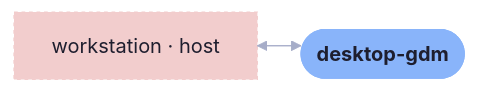
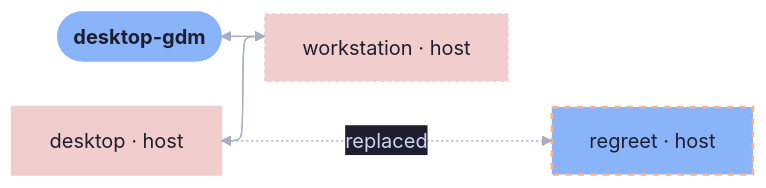
The diagram in templates/diag-fx-demo/diagrams/desktop-gdm-adapters.md (sini/den), drawn with Mermaid before and after one commit. The commit also changed 526 other files, not shown here.

Commit message:
chore: update fx diagrams

````diff
--- a/templates/diag-fx-demo/diagrams/desktop-gdm-adapters.md
+++ b/templates/diag-fx-demo/diagrams/desktop-gdm-adapters.md
@@ -5,13 +5,20 @@
 ```mermaid
 %%{init: {"elk":{"mergeEdges":true,"nodePlacementStrategy":"BRANDES_KOEPF"},"layout":"elk","theme":"base","themeVariables":{"activationBkgColor":"#313244","activationBorderColor":"#6c7086","actorBkg":"#313244","actorBorder":"#a6adc8","actorLineColor":"#a6adc8","actorTextColor":"#cdd6f4","background":"#1e1e2e","classText":"#cdd6f4","clusterBkg":"#313244","clusterBorder":"#6c7086","edgeLabelBackground":"#1e1e2e","labelBoxBkgColor":"#313244","labelBoxBorderColor":"#a6adc8","labelTextColor":"#cdd6f4","lineColor":"#a6adc8","loopTextColor":"#cdd6f4","mainBkg":"#313244","nodeBkg":"#313244","nodeBorder":"#a6adc8","nodeTextColor":"#cdd6f4","noteBkgColor":"#313244","noteBorderColor":"#6c7086","noteTextColor":"#cdd6f4","pie1":"#f38ba8","pie2":"#fab387","pie3":"#f9e2af","pie4":"#a6e3a1","pie5":"#94e2d5","pie6":"#89b4fa","pie7":"#cba6f7","pie8":"#f2cdcd","pieLegendTextColor":"#cdd6f4","pieOuterStrokeColor":"#6c7086","pieSectionTextColor":"#cdd6f4","pieStrokeColor":"#6c7086","pieTitleTextColor":"#cdd6f4","primaryBorderColor":"#a6adc8","primaryColor":"#313244","primaryTextColor":"#cdd6f4","secondBkg":"#313244","secondaryBorderColor":"#6c7086","secondaryColor":"#313244","secondaryTextColor":"#cdd6f4","sequenceNumberColor":"#1e1e2e","signalColor":"#a6adc8","signalTextColor":"#cdd6f4","tertiaryBorderColor":"#6c7086","tertiaryColor":"#313244","tertiaryTextColor":"#cdd6f4","textColor":"#cdd6f4","titleColor":"#cdd6f4"}}}%%
 graph LR
   desktop_gdm([desktop-gdm]):::root
+  desktop["desktop · host"]:::desktop_c
+  regreet["regreet · host"]:::regreet_c
   workstation["workstation · host"]:::workstation_c
 
+  desktop --> workstation
+  desktop -.->|replaced| regreet
   desktop_gdm --> workstation
+  workstation --> desktop
   workstation --> desktop_gdm
 
   classDef root fill:#89b4fa,stroke:#89b4fa,color:#1e1e2e,font-weight:bold
+  classDef desktop_c fill:#f2cdcd,stroke:#f2cdcd,color:#1e1e2e,stroke-width:2px
   classDef desktop_gdm_c fill:#f2cdcd,stroke:#f2cdcd,color:#1e1e2e,stroke-width:3px
+  classDef regreet_c fill:#89b4fa,stroke:#fab387,color:#1e1e2e,stroke-dasharray: 5 5,stroke-width:2px
   classDef workstation_c fill:#f2cdcd,stroke:#f2cdcd,color:#1e1e2e,stroke-dasharray: 3 3,stroke-width:1px
 ```
````
